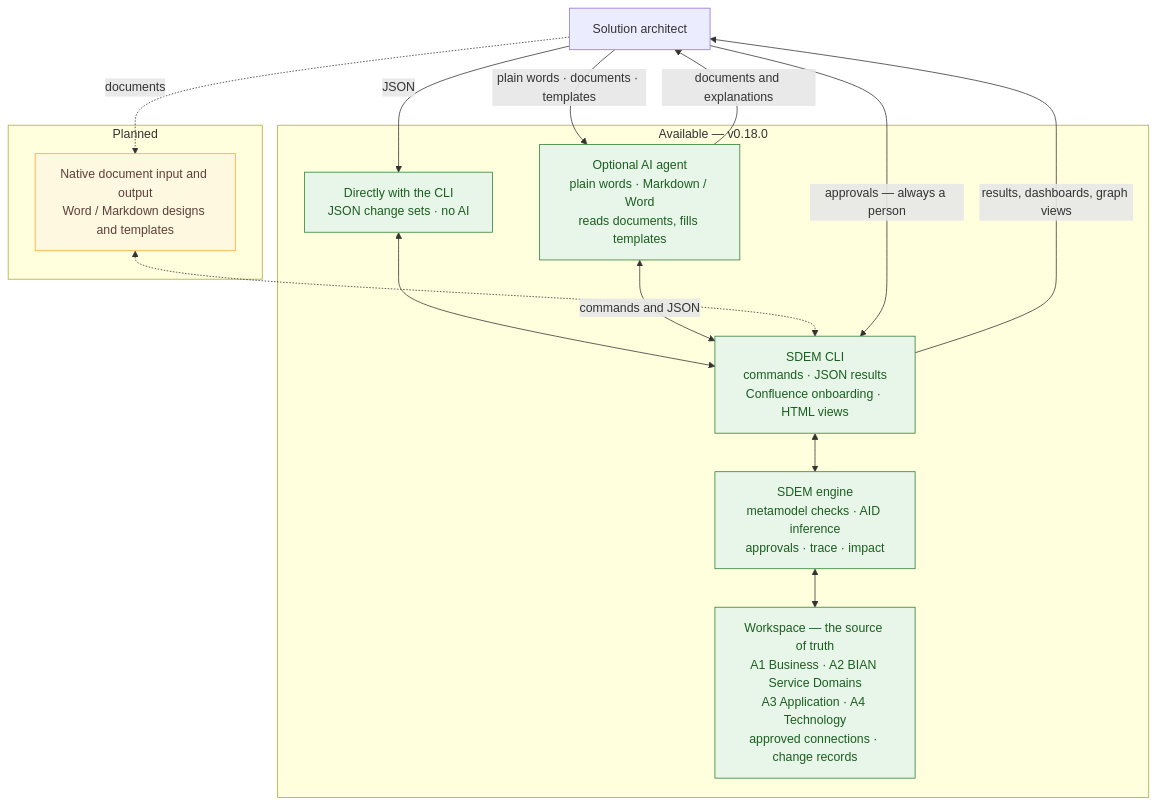
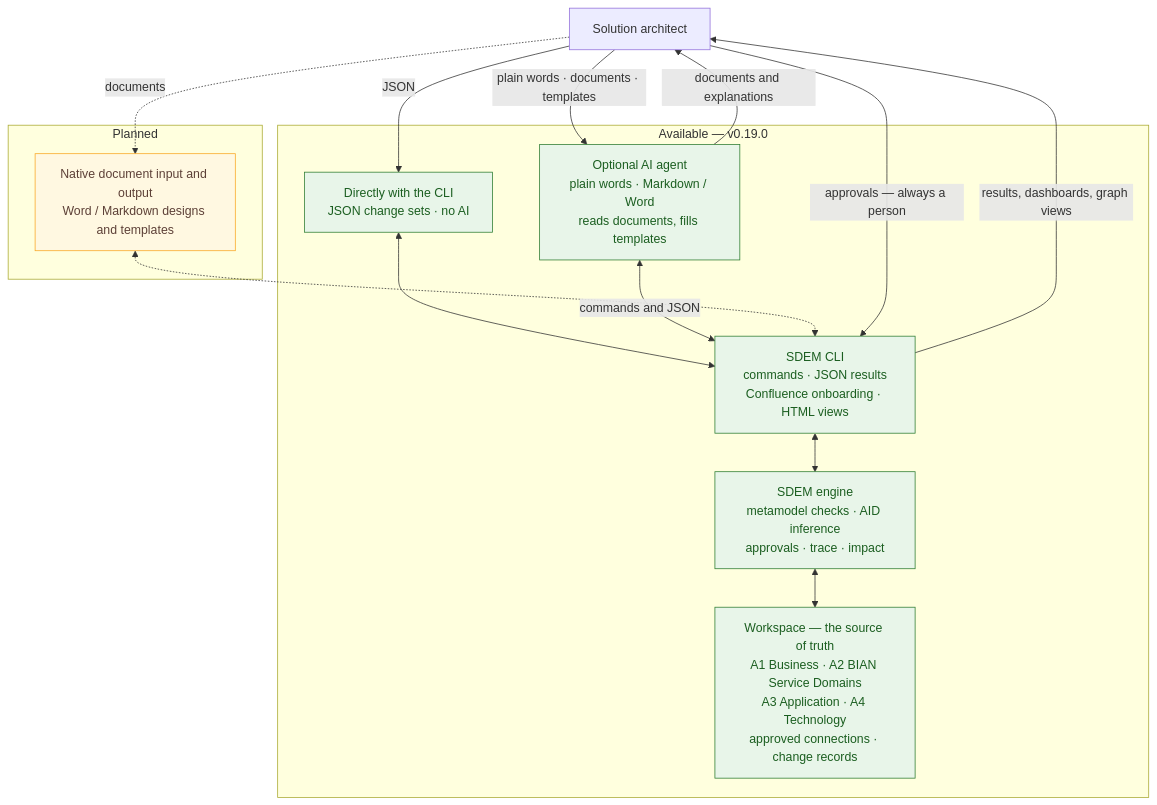
Before and after one commit to taumoeps/bian-sdem-framework: the diagram in docs/sdem-ways-of-working.md, drawn with Mermaid. The commit also changed other lines of this file and 45 other files, not shown here.

````diff
--- a/docs/sdem-ways-of-working.md
+++ b/docs/sdem-ways-of-working.md
@@ -58,29 +58,29 @@
 ```mermaid
 flowchart TB
     ARCH["Solution architect"]
-    subgraph NOW["Available — v0.18.0"]
+    subgraph NOW["Available — v0.19.0"]
         DIRECT["Directly with the CLI<br/>JSON change sets · no AI"]
         AGENT["Optional AI agent<br/>plain words · Markdown / Word<br/>reads documents, fills templates"]
         CLI["SDEM CLI<br/>commands · JSON results<br/>Confluence onboarding · HTML views"]
         ENGINE["SDEM engine<br/>metamodel checks · AID inference<br/>approvals · trace · impact"]
         WS["Workspace — the source of truth<br/>A1 Business · A2 BIAN Service Domains<br/>A3 Application · A4 Technology<br/>approved connections · change records"]
     end
     subgraph LATER["Planned"]
         DOC["Native document input and output<br/>Word / Markdown designs and templates"]
     end
     ARCH -->|"JSON"| DIRECT
     ARCH -->|"plain words · documents · templates"| AGENT
     ARCH -.->|"documents"| DOC
     DIRECT <--> CLI
     AGENT <-->|"commands and JSON"| CLI
     DOC <-.-> CLI
     CLI <--> ENGINE
     ENGINE <--> WS
     AGENT -->|"documents and explanations"| ARCH
     CLI -->|"results, dashboards, graph views"| ARCH
     ARCH -->|"approvals — always a person"| CLI
     classDef now fill:#E8F5E9,stroke:#2E7D32,color:#1B5E20
     classDef later fill:#FFF8E1,stroke:#F9A825,color:#5D4037
     class DIRECT,AGENT,CLI,ENGINE,WS now
     class DOC later
 ```
````
